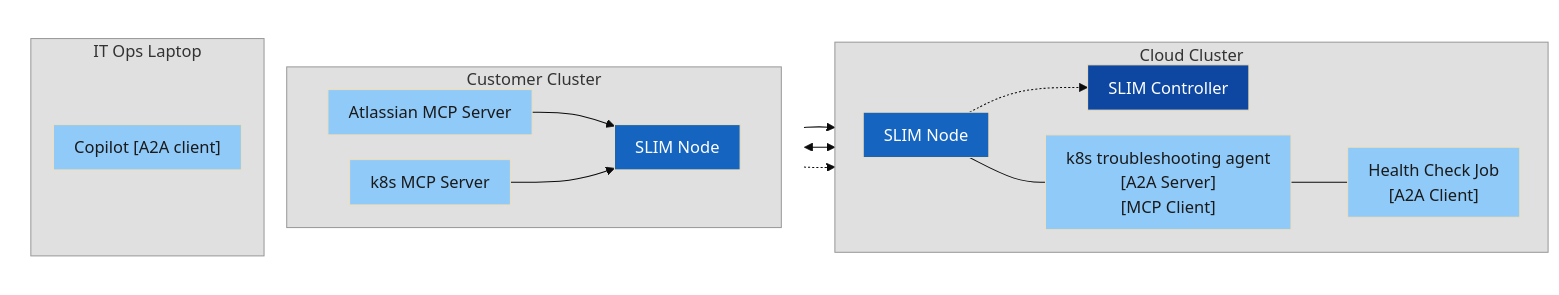
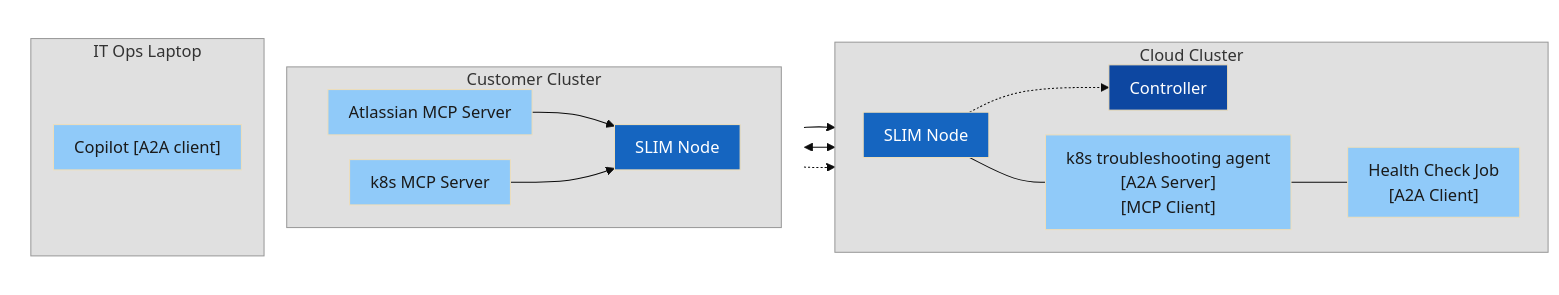
Before and after one commit to agntcy/blogs: the sixth of 9 diagrams in presentations/slim-multicluster-demo/slim-multicluster-demo.md, drawn with Mermaid. The commit also changed other lines of this file, not shown here.

````diff
--- a/presentations/slim-multicluster-demo/slim-multicluster-demo.md
+++ b/presentations/slim-multicluster-demo/slim-multicluster-demo.md
@@ -325,43 +325,43 @@
 ```mermaid
 %%{init: {'theme': 'base', 'themeVariables': {'fontSize': '16px'}, 'flowchart': {'nodeSpacing': 24, 'rankSpacing': 30, 'padding': 10}}}%%
 graph LR
     subgraph Left[" "]
         direction TB
         subgraph Customer[Customer Cluster]
             direction LR
             AMCP[Atlassian MCP Server] --> CSN[SLIM Node]
             KMCP[k8s MCP Server] --> CSN
         end
         subgraph Laptop[IT Ops Laptop]
             Copilot["Copilot [A2A client]"]
         end
     end
 
     subgraph Cloud[Cloud Cluster]
         direction LR
         SN[SLIM Node]
-        SC[SLIM Controller]
+        SC[Controller]
         HCJ["Health Check Job\n[A2A Client]"]
         K8S["k8s troubleshooting agent\n[A2A Server]\n[MCP Client]"]
         SN -.-> SC
         SN --- K8S
         K8S --- HCJ
     end
 
     Copilot --> SN
     CSN <--> SN
     CSN -.-> SC
 
     style Left fill:none,stroke:none
     style Customer fill:#e0e0e0,stroke:#999,color:#333
     style Cloud fill:#e0e0e0,stroke:#999,color:#333
     style Laptop fill:#e0e0e0,stroke:#999,color:#333
     style SC fill:#0D47A1,color:#fff
     style SN fill:#1565C0,color:#fff
     style CSN fill:#1565C0,color:#fff
     style AMCP fill:#90CAF9,color:#1a1a1a
     style KMCP fill:#90CAF9,color:#1a1a1a
     style K8S fill:#90CAF9,color:#1a1a1a
     style HCJ fill:#90CAF9,color:#1a1a1a
     style Copilot fill:#90CAF9,color:#1a1a1a
 ```
````
